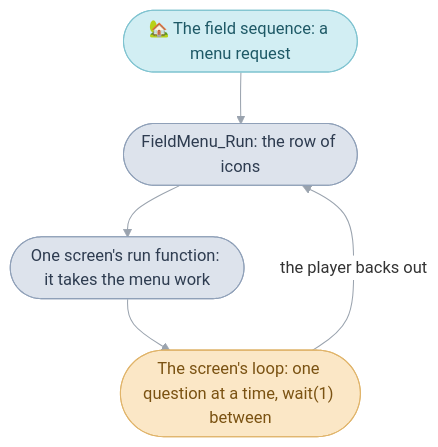
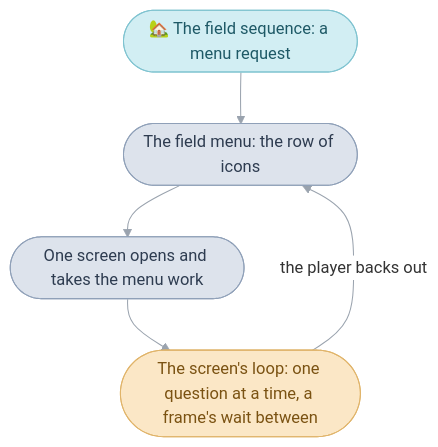
One commit to PascalPixel/alchemy changed the first of 5 diagrams in games/tbs/src/menu/README.md. Above: the diagram before and after it, drawn with Mermaid. The commit also changed other lines of this file and 21 other files, not shown here.

````diff
--- a/games/tbs/src/menu/README.md
+++ b/games/tbs/src/menu/README.md
@@ -34,14 +25,14 @@
 ```mermaid
 %%{init: {"theme": "base", "themeVariables": {"lineColor": "#9AA3AE", "edgeLabelBackground": "#FFFFFF"}, "flowchart": {"curve": "basis", "padding": 12}}}%%
 flowchart TD
-  field(["🏡 The field sequence: a menu request"]) --> icons(["FieldMenu_Run: the row of icons"])
-  icons --> screen(["One screen's run function: it takes the menu work"])
-  screen --> loop(["The screen's loop: one question at a time, wait(1) between"])
+  field(["🏡 The field sequence: a menu request"]) --> icons(["The field menu: the row of icons"])
+  icons --> screen(["One screen opens and takes the menu work"])
+  screen --> loop(["The screen's loop: one question at a time, a frame's wait between"])
   loop -- "the player backs out" --> icons
   classDef sequence fill:#D2EEF3,stroke:#7FC3D0,color:#1E5966
   classDef code fill:#DDE3EC,stroke:#8FA0B8,color:#2E3C50
   classDef frame fill:#FBE7C6,stroke:#E0B46A,color:#7A5212
   class field sequence
   class icons,screen code
   class loop frame
 ```
````
